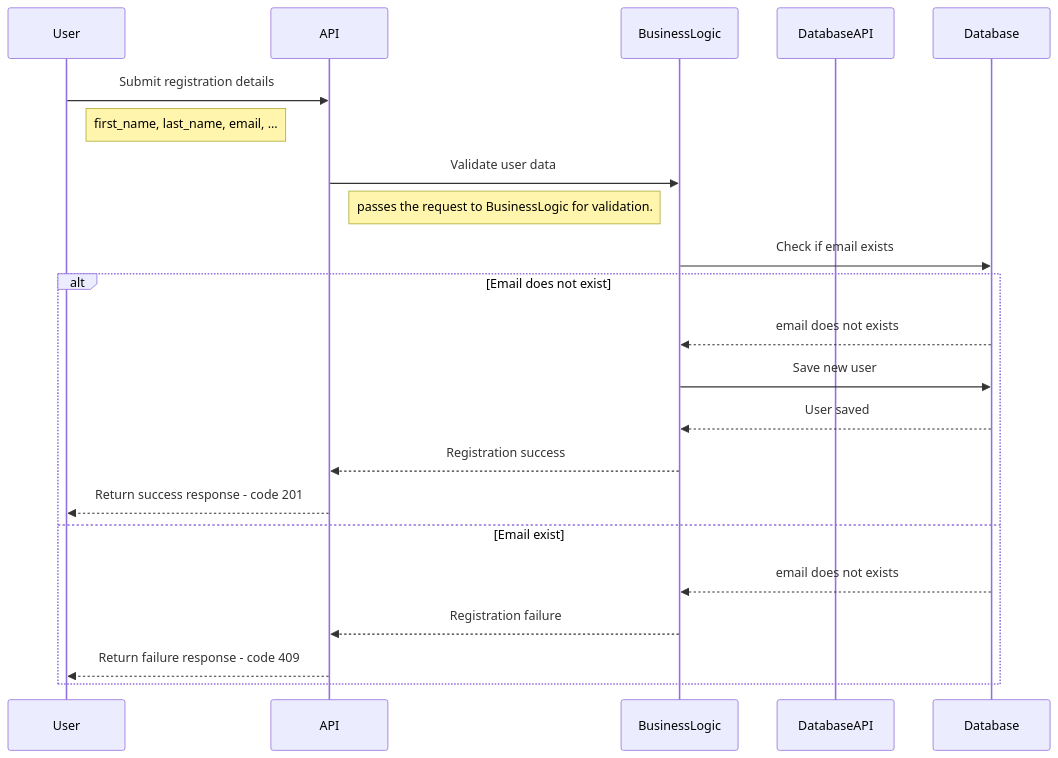
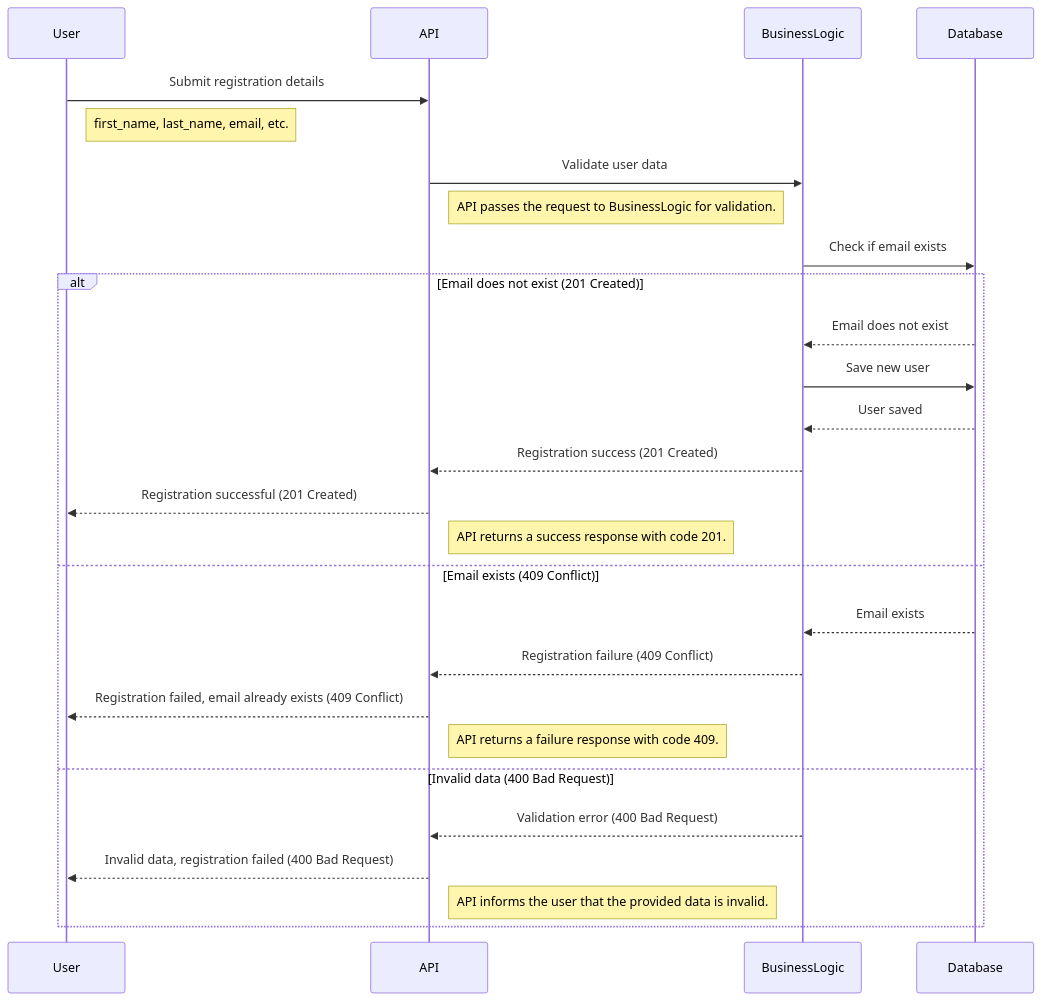
Before and after one commit to Basco64/HBNB_UML: the diagram in 2.User.md, drawn with Mermaid.

````diff
--- a/2.User.md
+++ b/2.User.md
@@ -1,27 +1,34 @@
 ```mermaid
 sequenceDiagram
 
     participant User
     participant API
     participant BusinessLogic
-    participant DatabaseAPI 
+    participant Database
+
     User->>API: Submit registration details
-    note right of User: first_name, last_name, email, ...
+    note right of User: first_name, last_name, email, etc.
 
     API->>BusinessLogic: Validate user data
-    note right of API: passes the request to BusinessLogic for validation.
-    
+    note right of API: API passes the request to BusinessLogic for validation.
+
     BusinessLogic->>Database: Check if email exists
 
-    alt Email does not exist
-        Database-->>BusinessLogic: email does not exists
+    alt Email does not exist (201 Created)
+        Database-->>BusinessLogic: Email does not exist
         BusinessLogic->>Database: Save new user
         Database-->>BusinessLogic: User saved
-        BusinessLogic-->>API: Registration success
-        API-->>User: Return success response - code 201
-    else Email exist
-        Database-->>BusinessLogic: email does not exists
-        BusinessLogic-->>API: Registration failure
-        API-->>User: Return failure response - code 409
+        BusinessLogic-->>API: Registration success (201 Created)
+        API-->>User: Registration successful (201 Created)
+        note right of API: API returns a success response with code 201.
+    else Email exists (409 Conflict)
+        Database-->>BusinessLogic: Email exists
+        BusinessLogic-->>API: Registration failure (409 Conflict)
+        API-->>User: Registration failed, email already exists (409 Conflict)
+        note right of API: API returns a failure response with code 409.
+    else Invalid data (400 Bad Request)
+        BusinessLogic-->>API: Validation error (400 Bad Request)
+        API-->>User: Invalid data, registration failed (400 Bad Request)
+        note right of API: API informs the user that the provided data is invalid.
     end
 ```
````
